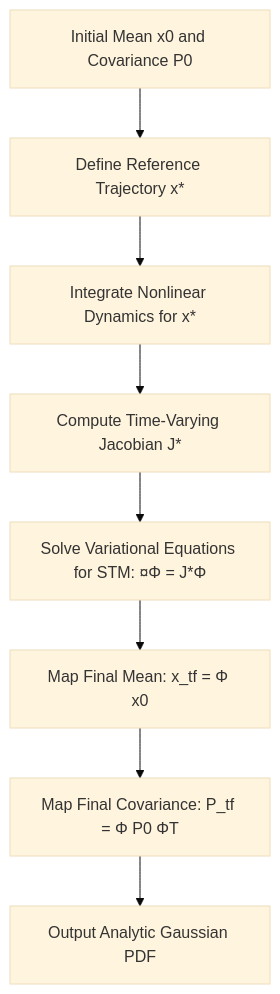
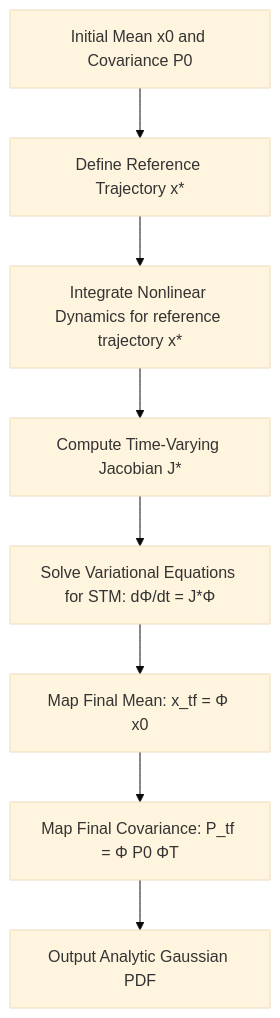
The second of 13 diagrams in index.qmd (R16-srihari/Orbital-Uncertainty-Propagation-Literature-Review), drawn with Mermaid (base theme) before and after one commit. The commit also changed other lines of this file and 4 other files, not shown here.

````diff
--- a/index.qmd
+++ b/index.qmd
@@ -265,10 +265,10 @@
 ```mermaid
 graph TD
     A[Initial Mean x0 and Covariance P0] --> B[Define Reference Trajectory x*]
-    B --> C[Integrate Nonlinear Dynamics for x*]
+    B --> C[Integrate Nonlinear Dynamics for reference trajectory x*]
     C --> D[Compute Time-Varying Jacobian J*]
-    D --> E[Solve Variational Equations for STM: ¤Φ = J*Φ]
+    D --> E[Solve Variational Equations for STM: dΦ/dt = J*Φ]
     E --> F[Map Final Mean: x_tf = Φ x0]
     F --> G[Map Final Covariance: P_tf = Φ P0 ΦT]
     G --> H[Output Analytic Gaussian PDF]
 ```
````
